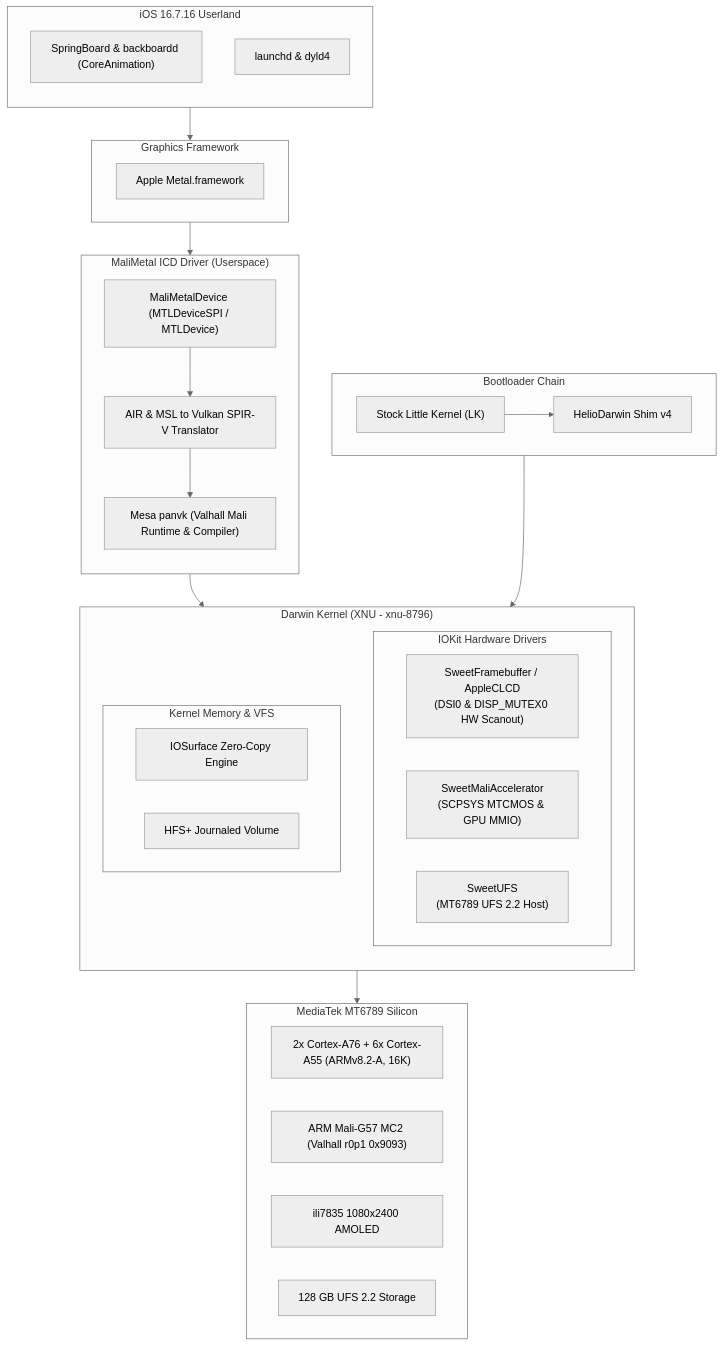
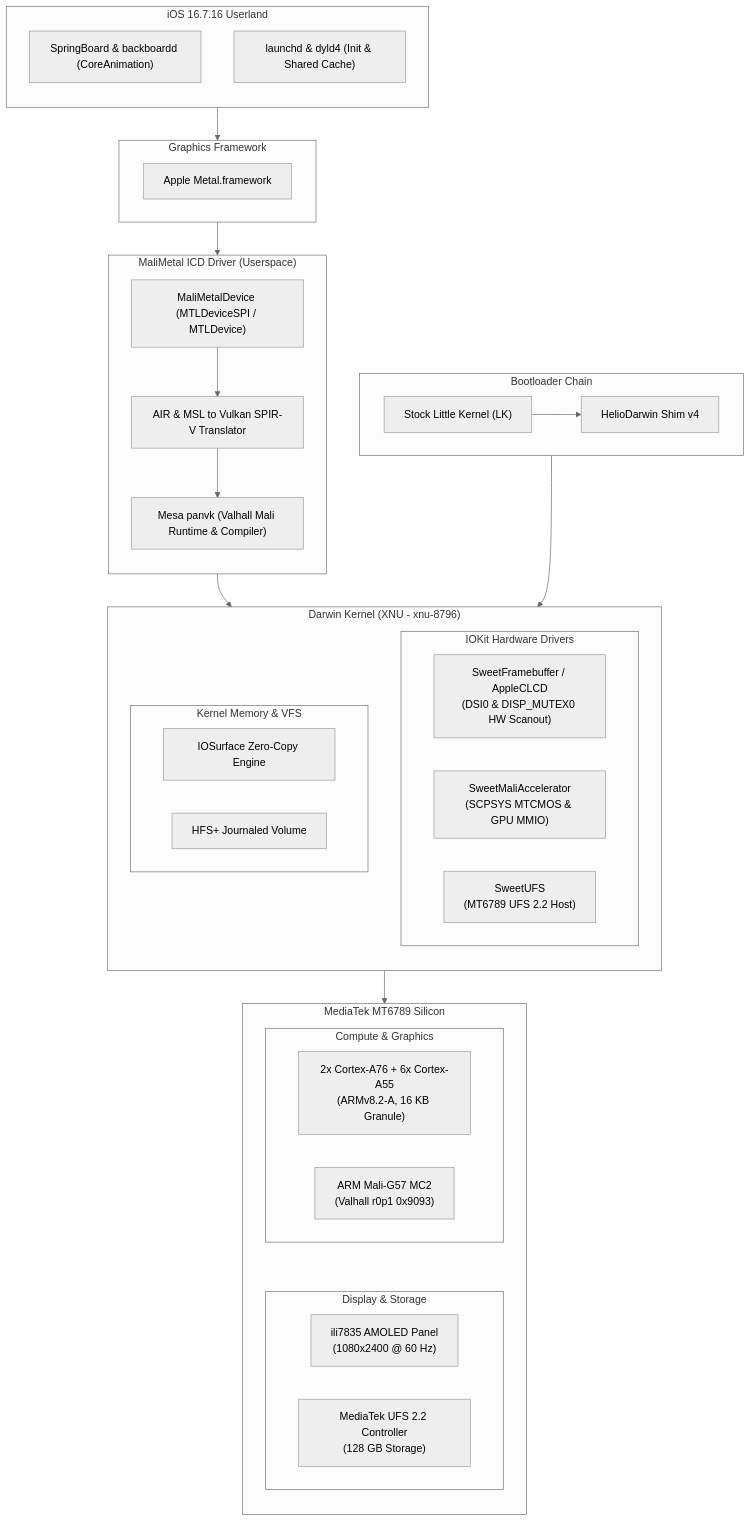
The diagram in README.md (I-Love-You-78/HelioDarwin), drawn with Mermaid (neutral theme) before and after one commit. The commit also changed 1 other file, not shown here.

Commit message:
docs: optimize system architecture diagram layout in README and update NOTES

````diff
--- a/README.md
+++ b/README.md
@@ -40,50 +40,58 @@
 ```mermaid
 flowchart TD
     subgraph Userland ["iOS 16.7.16 Userland"]
         direction TB
         SB["SpringBoard & backboardd (CoreAnimation)"]
-        LD["launchd & dyld4"]
+        LD["launchd & dyld4 (Init & Shared Cache)"]
     end
 
     subgraph Graphics ["Graphics Framework"]
         MTL["Apple Metal.framework"]
     end
 
     subgraph Driver ["MaliMetal ICD Driver (Userspace)"]
         direction TB
         ICD["MaliMetalDevice (MTLDeviceSPI / MTLDevice)"]
         Shader["AIR & MSL to Vulkan SPIR-V Translator"]
         PanVK["Mesa panvk (Valhall Mali Runtime & Compiler)"]
         ICD --> Shader --> PanVK
     end
 
     subgraph Kernel ["Darwin Kernel (XNU - xnu-8796)"]
         direction TB
         subgraph Drivers ["IOKit Hardware Drivers"]
             FB["SweetFramebuffer / AppleCLCD<br>(DSI0 & DISP_MUTEX0 HW Scanout)"]
             GPU["SweetMaliAccelerator<br>(SCPSYS MTCMOS & GPU MMIO)"]
             UFS["SweetUFS<br>(MT6789 UFS 2.2 Host)"]
         end
         subgraph CoreOS ["Kernel Memory & VFS"]
             IOSurf["IOSurface Zero-Copy Engine"]
             HFS["HFS+ Journaled Volume"]
         end
     end
 
     subgraph Boot ["Bootloader Chain"]
         LK["Stock Little Kernel (LK)"] --> Shim["HelioDarwin Shim v4"]
     end
 
     subgraph Hardware ["MediaTek MT6789 Silicon"]
-        CPU["2x Cortex-A76 + 6x Cortex-A55 (ARMv8.2-A, 16K)"]
-        MALI["ARM Mali-G57 MC2 (Valhall r0p1 0x9093)"]
-        DSI["ili7835 1080x2400 AMOLED"]
-        UFSHW["128 GB UFS 2.2 Storage"]
+        direction TB
+        subgraph HW_Compute ["Compute & Graphics"]
+            direction LR
+            CPU["2x Cortex-A76 + 6x Cortex-A55<br>(ARMv8.2-A, 16 KB Granule)"]
+            MALI["ARM Mali-G57 MC2<br>(Valhall r0p1 0x9093)"]
+        end
+        subgraph HW_IO ["Display & Storage"]
+            direction LR
+            DSI["ili7835 AMOLED Panel<br>(1080x2400 @ 60 Hz)"]
+            UFSHW["MediaTek UFS 2.2 Controller<br>(128 GB Storage)"]
+        end
+        HW_Compute ~~~ HW_IO
     end
 
     Userland --> Graphics
     Graphics --> Driver
     Driver --> Kernel
     Boot --> Kernel
     Kernel --> Hardware
 ```
````
